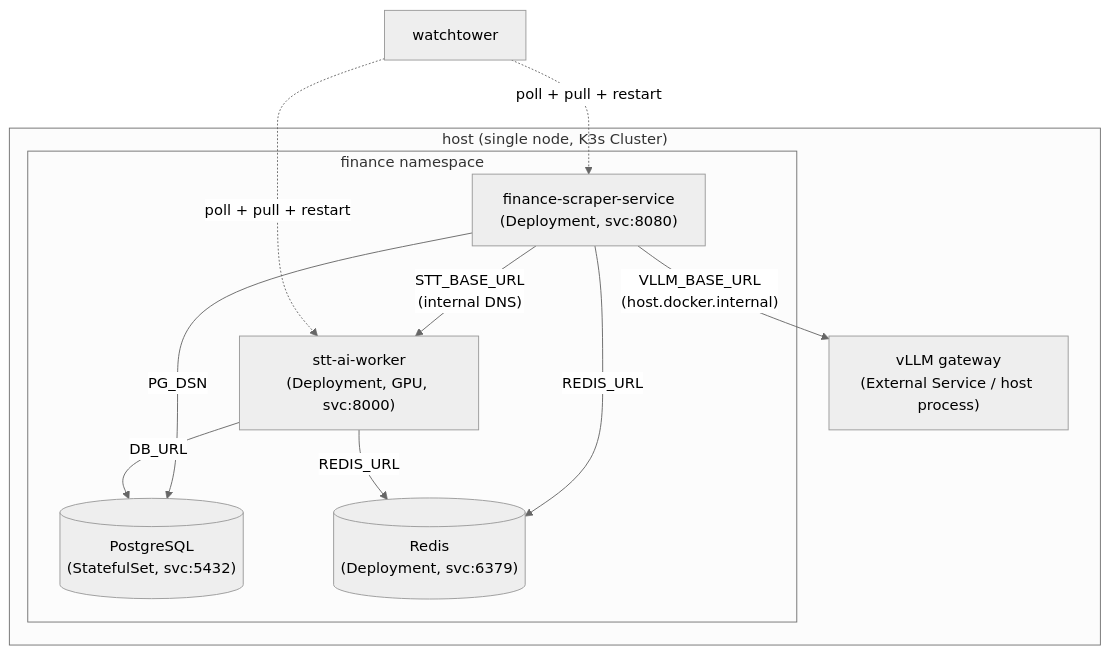
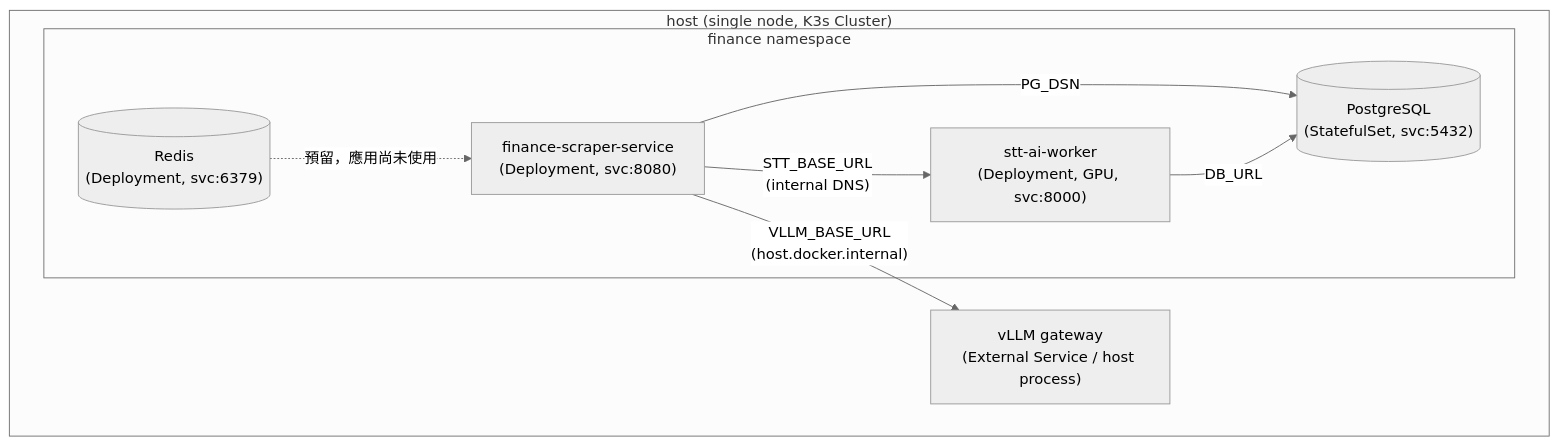
The diagram in README.md (pei9564/ai-finance-infra), drawn with Mermaid (neutral theme) before and after one commit. The commit also changed other lines of this file and 4 other files, not shown here.

````diff
--- a/README.md
+++ b/README.md
@@ -33,21 +33,18 @@
 ```mermaid
 flowchart TB
     subgraph host["host (single node, K3s Cluster)"]
         subgraph k8s["finance namespace"]
             scraper["finance-scraper-service<br/>(Deployment, svc:8080)"]
             stt["stt-ai-worker<br/>(Deployment, GPU, svc:8000)"]
             pg[("PostgreSQL<br/>(StatefulSet, svc:5432)")]
             redis[("Redis<br/>(Deployment, svc:6379)")]
         end
         vllm["vLLM gateway<br/>(External Service / host process)"]
     end
 
     scraper -- "PG_DSN" --> pg
     stt -- "DB_URL" --> pg
-    scraper -- "REDIS_URL" --> redis
-    stt -- "REDIS_URL" --> redis
+    redis -. "預留，應用尚未使用" .-> scraper
     scraper -- "VLLM_BASE_URL<br/>(host.docker.internal)" --> vllm
     scraper -- "STT_BASE_URL<br/>(internal DNS)" --> stt
-    watchtower -. "poll + pull + restart" .-> scraper
-    watchtower -. "poll + pull + restart" .-> stt
 ```
````
